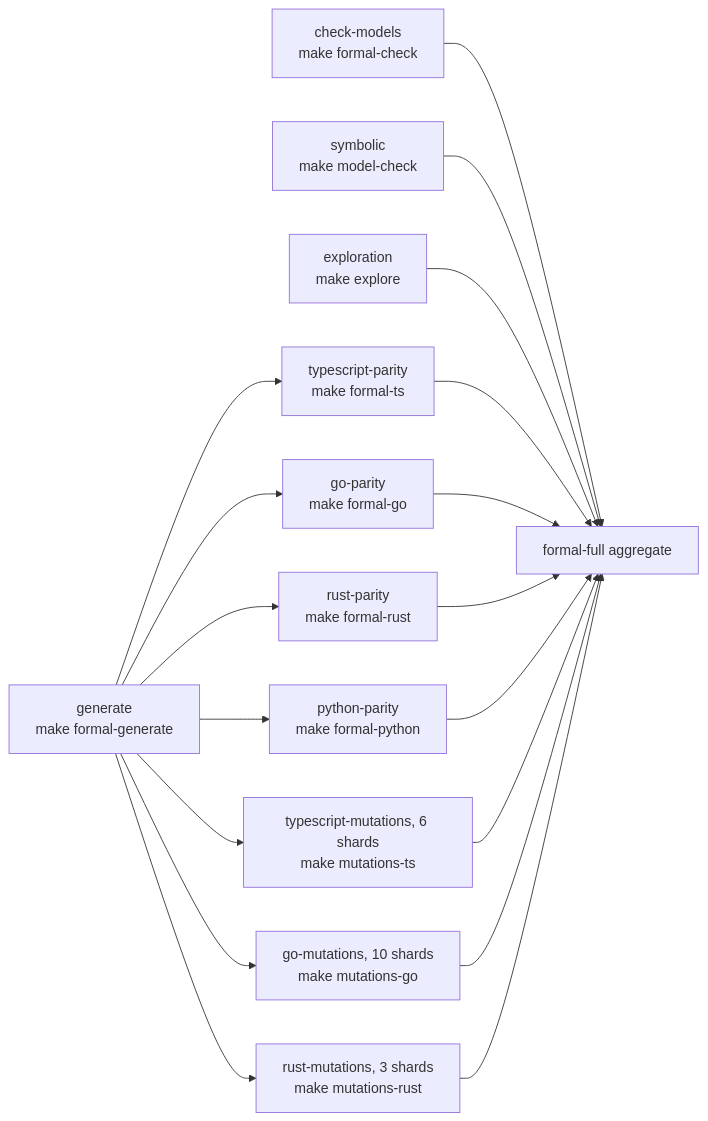
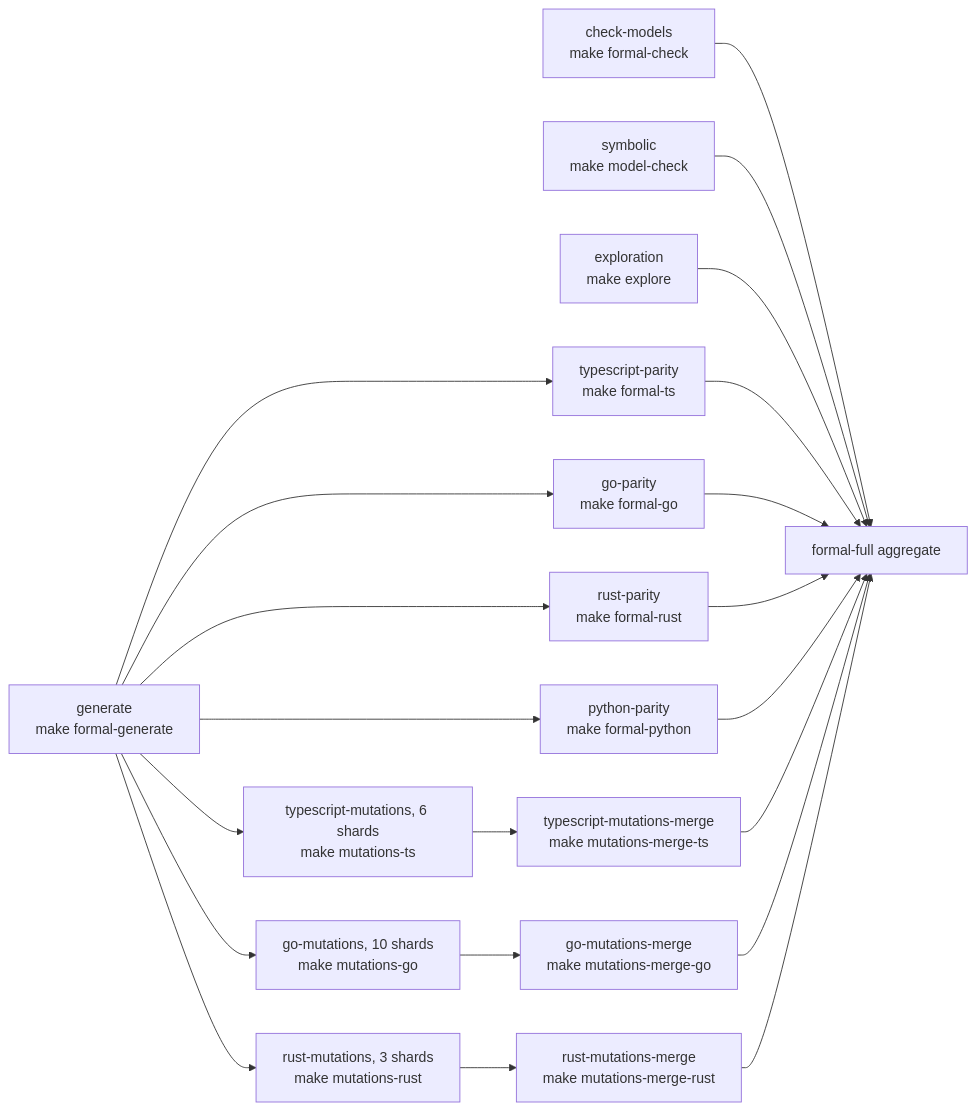
Before and after one commit to lan17/DialCache: the second of 2 diagrams in formal/README.md, drawn with Mermaid. The commit also changed other lines of this file and 4 other files, not shown here.

````diff
--- a/formal/README.md
+++ b/formal/README.md
@@ -224,10 +250,13 @@
 ```mermaid
 flowchart LR
   CM["check-models<br/>make formal-check"]
   GE["generate<br/>make formal-generate"]
   SY["symbolic<br/>make model-check"]
   EX["exploration<br/>make explore"]
   GE --> TSP["typescript-parity<br/>make formal-ts"] & GOP["go-parity<br/>make formal-go"] & RSP["rust-parity<br/>make formal-rust"] & PYP["python-parity<br/>make formal-python"]
   GE --> TSM["typescript-mutations, 6 shards<br/>make mutations-ts"] & GOM["go-mutations, 10 shards<br/>make mutations-go"] & RSM["rust-mutations, 3 shards<br/>make mutations-rust"]
-  CM & SY & EX & TSP & GOP & RSP & PYP & TSM & GOM & RSM --> AG["formal-full aggregate"]
+  TSM --> TSMM["typescript-mutations-merge<br/>make mutations-merge-ts"]
+  GOM --> GOMM["go-mutations-merge<br/>make mutations-merge-go"]
+  RSM --> RSMM["rust-mutations-merge<br/>make mutations-merge-rust"]
+  CM & SY & EX & TSP & GOP & RSP & PYP & TSMM & GOMM & RSMM --> AG["formal-full aggregate"]
 ```
````
